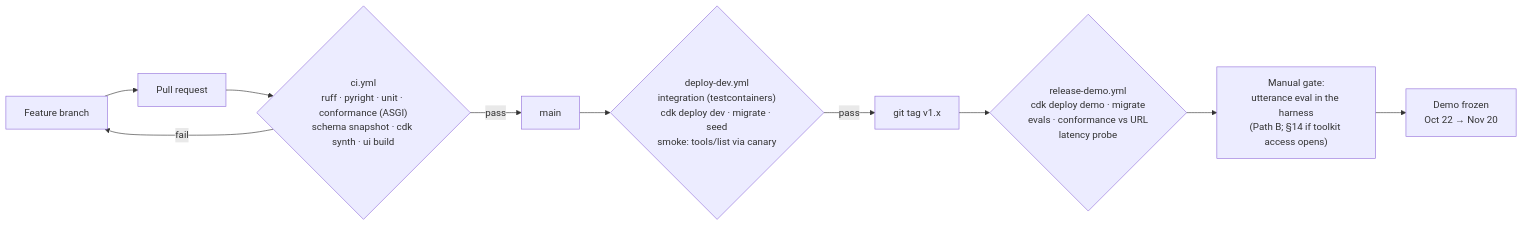
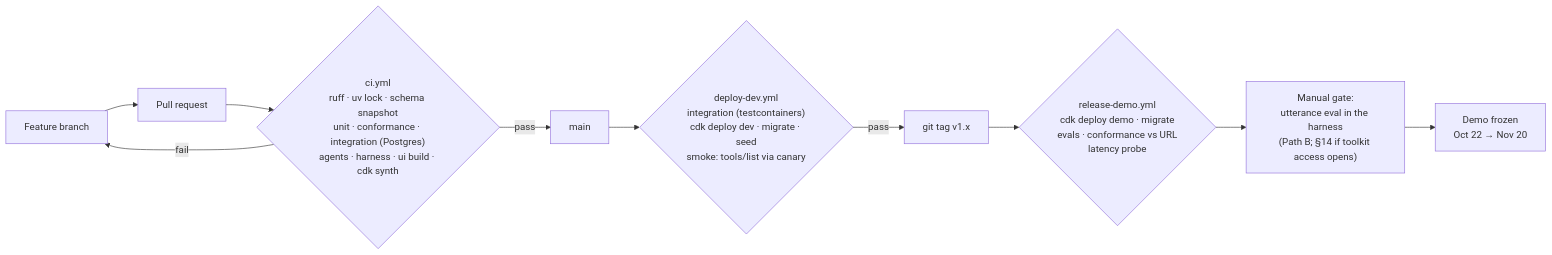
Before and after one commit to BugHunterX2101/watchfloor: diagram 17 of 20 in docs/TECHNICAL.md, drawn with Mermaid. The commit also changed other lines of this file and 27 other files, not shown here.

````diff
--- a/docs/TECHNICAL.md
+++ b/docs/TECHNICAL.md
@@ -634,12 +634,12 @@
 ```mermaid
 flowchart LR
   DEV["Feature branch"] --> PR["Pull request"]
-  PR --> CI{"ci.yml<br/>ruff · pyright · unit · conformance (ASGI)<br/>schema snapshot · cdk synth · ui build"}
+  PR --> CI{"ci.yml<br/>ruff · uv lock · schema snapshot<br/>unit · conformance · integration (Postgres)<br/>agents · harness · ui build · cdk synth"}
   CI -- fail --> DEV
   CI -- pass --> MAIN["main"]
   MAIN --> DD{"deploy-dev.yml<br/>integration (testcontainers)<br/>cdk deploy dev · migrate · seed<br/>smoke: tools/list via canary"}
   DD -- pass --> TAG["git tag v1.x"]
   TAG --> RD{"release-demo.yml<br/>cdk deploy demo · migrate<br/>evals · conformance vs URL<br/>latency probe"}
   RD --> MAN["Manual gate:<br/>utterance eval in the harness<br/>(Path B; §14 if toolkit access opens)"]
   MAN --> FREEZE["Demo frozen<br/>Oct 22 → Nov 20"]
 ```
````
